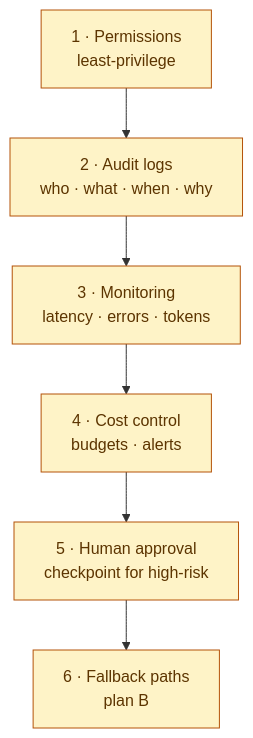
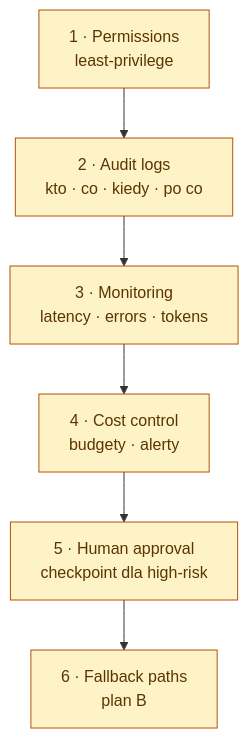
Before and after one commit to nowiro/ai-studio: the diagram in .ai/rules/production-readiness.md, drawn with Mermaid. The commit also changed other lines of this file and 6 other files, not shown here.

````diff
--- a/.ai/rules/production-readiness.md
+++ b/.ai/rules/production-readiness.md
@@ -18,14 +18,14 @@
 ```mermaid
 flowchart TB
   PERMS["1 · Permissions<br/>least-privilege"]
-  AUDIT["2 · Audit logs<br/>who · what · when · why"]
+  AUDIT["2 · Audit logs<br/>kto · co · kiedy · po co"]
   MON["3 · Monitoring<br/>latency · errors · tokens"]
-  COST["4 · Cost control<br/>budgets · alerts"]
-  HUM["5 · Human approval<br/>checkpoint for high-risk"]
+  COST["4 · Cost control<br/>budgety · alerty"]
+  HUM["5 · Human approval<br/>checkpoint dla high-risk"]
   FB["6 · Fallback paths<br/>plan B"]
 
   PERMS --> AUDIT --> MON --> COST --> HUM --> FB
 
   classDef must fill:#fef3c7,stroke:#b45309,color:#5c3400;
   class PERMS,AUDIT,MON,COST,HUM,FB must
 ```
````
